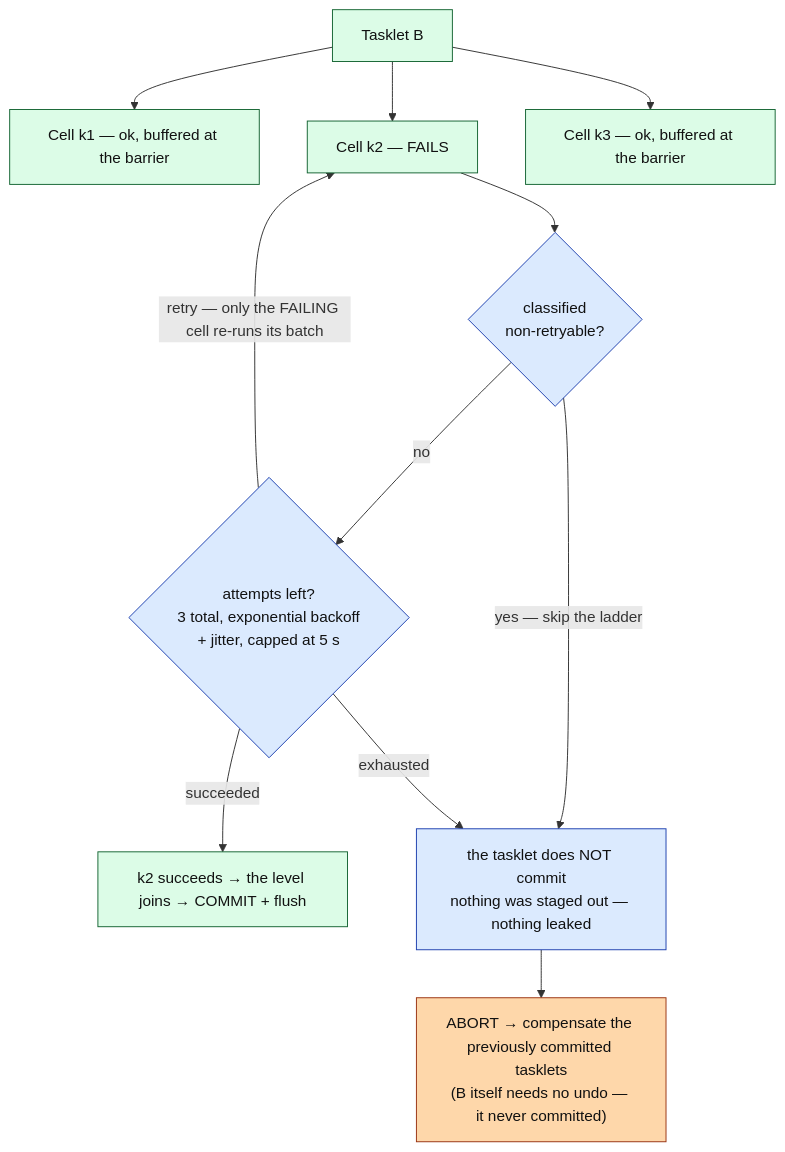
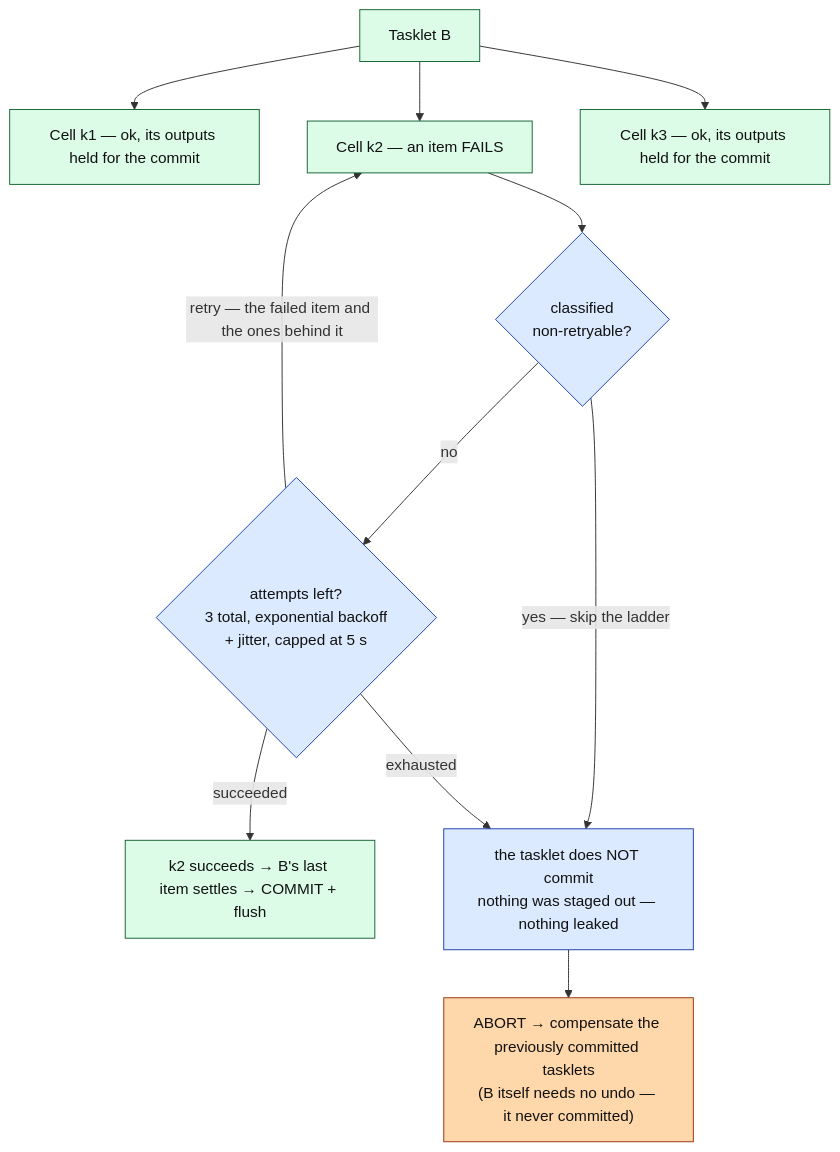
The fourth of 8 diagrams in docs/architecture/workflow_profile.md (Flezha/flezha), drawn with Mermaid before and after one commit. The commit also changed other lines of this file and 76 other files, not shown here.

````diff
--- a/docs/architecture/workflow_profile.md
+++ b/docs/architecture/workflow_profile.md
@@ -194,27 +195,27 @@
 ```mermaid
 flowchart TB
     B["Tasklet B"]:::exec
-    K1["Cell k1 — ok, buffered at the barrier"]:::exec
-    K2["Cell k2 — FAILS"]:::exec
-    K3["Cell k3 — ok, buffered at the barrier"]:::exec
+    K1["Cell k1 — ok, its outputs held for the commit"]:::exec
+    K2["Cell k2 — an item FAILS"]:::exec
+    K3["Cell k3 — ok, its outputs held for the commit"]:::exec
     RT{"attempts left?<br/>3 total, exponential backoff<br/>+ jitter, capped at 5 s"}:::ctrl
     NR{"classified<br/>non-retryable?"}:::ctrl
-    OK["k2 succeeds → the level joins → COMMIT + flush"]:::exec
+    OK["k2 succeeds → B's last item settles → COMMIT + flush"]:::exec
     FAIL["the tasklet does NOT commit<br/>nothing was staged out — nothing leaked"]:::ctrl
     ABORT["ABORT → compensate the previously committed tasklets<br/>(B itself needs no undo — it never committed)"]:::sink
 
     B --> K1
     B --> K2
     B --> K3
     K2 --> NR
     NR -->|"yes — skip the ladder"| FAIL
     NR -->|"no"| RT
-    RT -->|"retry — only the FAILING cell re-runs its batch"| K2
+    RT -->|"retry — the failed item and the ones behind it"| K2
     RT -->|"succeeded"| OK
     RT -->|"exhausted"| FAIL
     FAIL --> ABORT
 
     classDef ctrl fill:#dbeafe,stroke:#1e40af,color:#111
     classDef exec fill:#dcfce7,stroke:#166534,color:#111
     classDef sink fill:#fed7aa,stroke:#9a3412,color:#111
 ```
````
